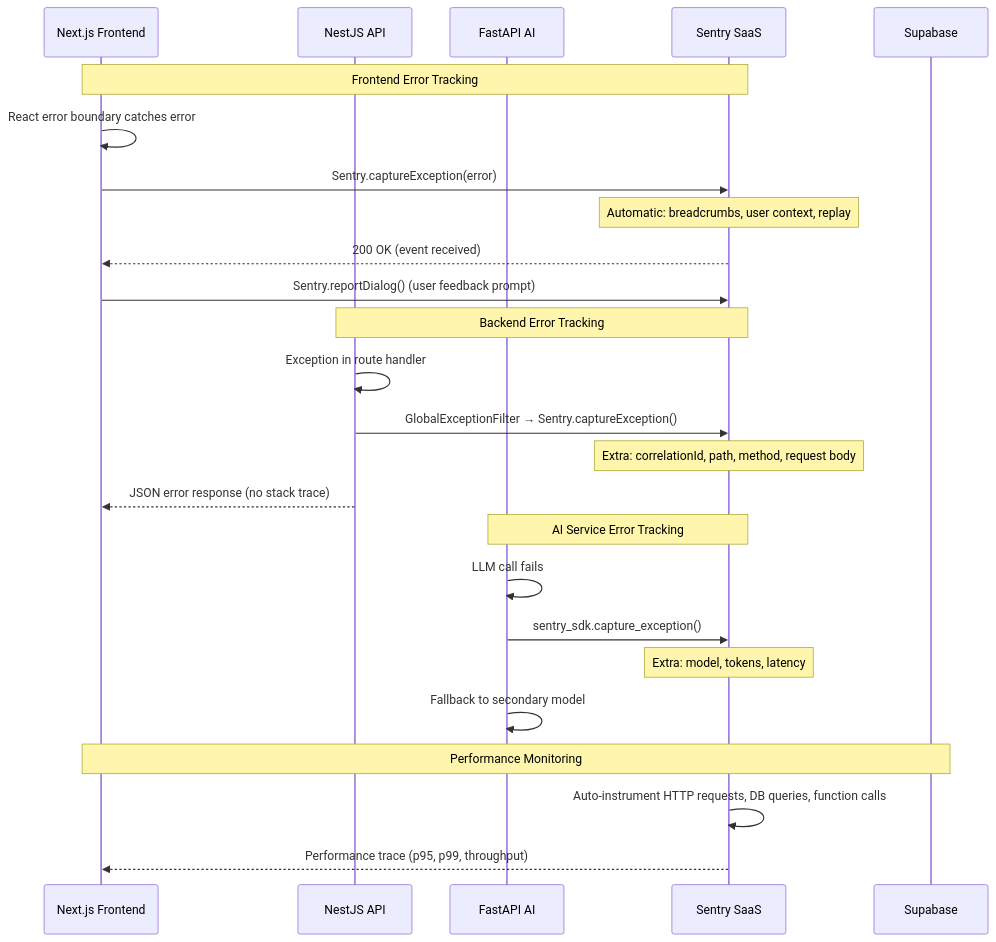
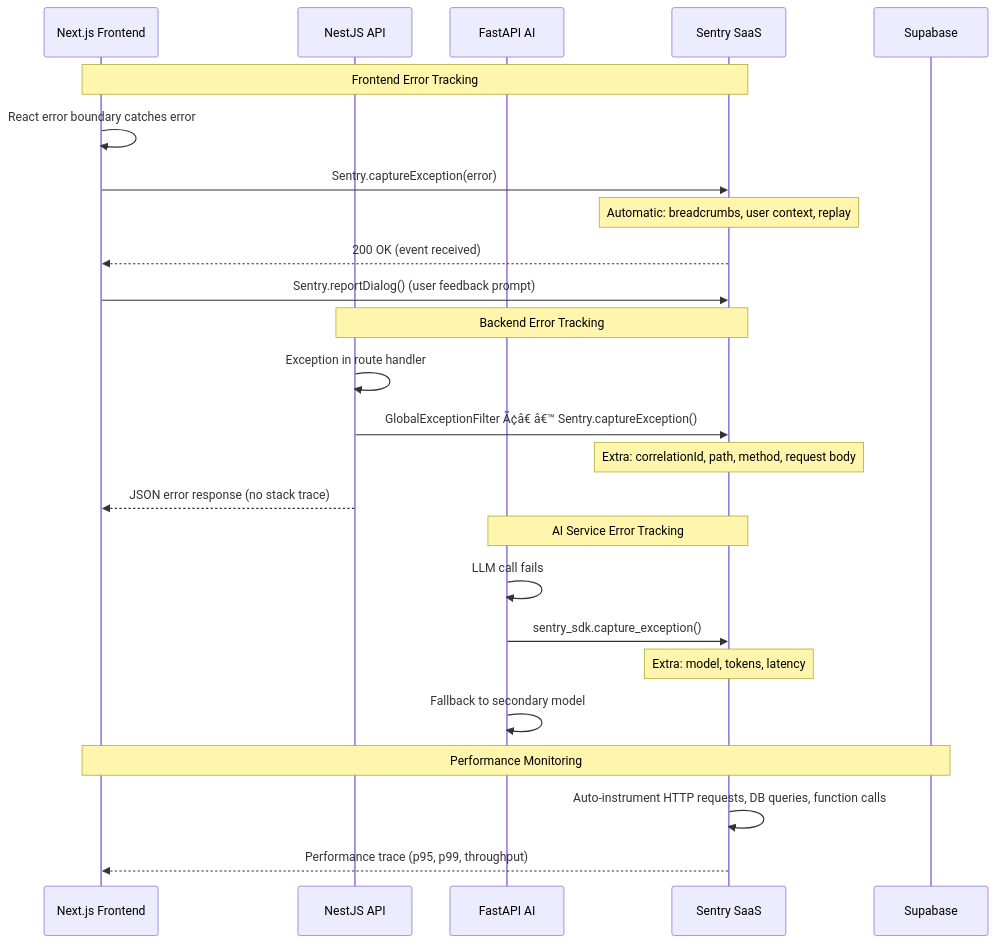
One commit to rohitkumarnaidu/Portfolio changed diagram 11 of 16 in docs/05-architecture/INTEGRATIONS.md. Above: the diagram before and after it, drawn with Mermaid. The commit also changed other lines of this file and 343 other files, not shown here.

First line of the commit message:
docs: add Mermaid diagrams across 140+ files — 38% -> 70% coverage

````diff
--- a/docs/05-architecture/INTEGRATIONS.md
+++ b/docs/05-architecture/INTEGRATIONS.md
@@ -1278,31 +1278,31 @@
 ```mermaid
 sequenceDiagram
     participant Web as Next.js Frontend
     participant API as NestJS API
     participant AI as FastAPI AI
     participant Sentry as Sentry SaaS
     participant DB as Supabase
 
     Note over Web,Sentry: Frontend Error Tracking
     Web->>Web: React error boundary catches error
     Web->>Sentry: Sentry.captureException(error)
     Note over Sentry: Automatic: breadcrumbs, user context, replay
     Sentry-->>Web: 200 OK (event received)
     Web->>Sentry: Sentry.reportDialog() (user feedback prompt)
 
     Note over API,Sentry: Backend Error Tracking
     API->>API: Exception in route handler
-    API->>Sentry: GlobalExceptionFilter → Sentry.captureException()
+    API->>Sentry: GlobalExceptionFilter Ã¢â€ â€™ Sentry.captureException()
     Note over Sentry: Extra: correlationId, path, method, request body
     API-->>Web: JSON error response (no stack trace)
 
     Note over AI,Sentry: AI Service Error Tracking
     AI->>AI: LLM call fails
     AI->>Sentry: sentry_sdk.capture_exception()
     Note over Sentry: Extra: model, tokens, latency
     AI->>AI: Fallback to secondary model
 
     Note over Web,DB: Performance Monitoring
     Sentry->>Sentry: Auto-instrument HTTP requests, DB queries, function calls
     Sentry-->>Web: Performance trace (p95, p99, throughput)
 ```
````
